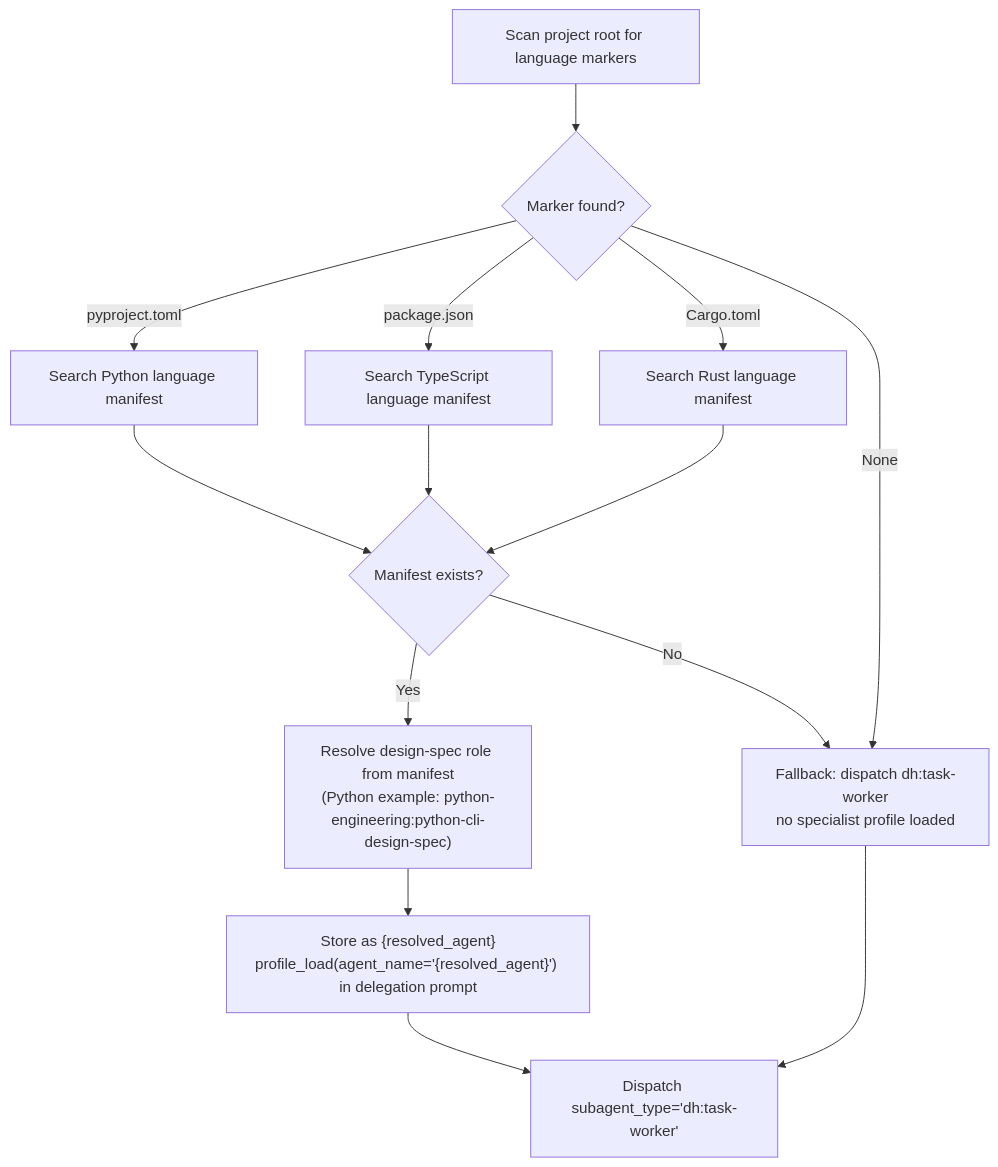
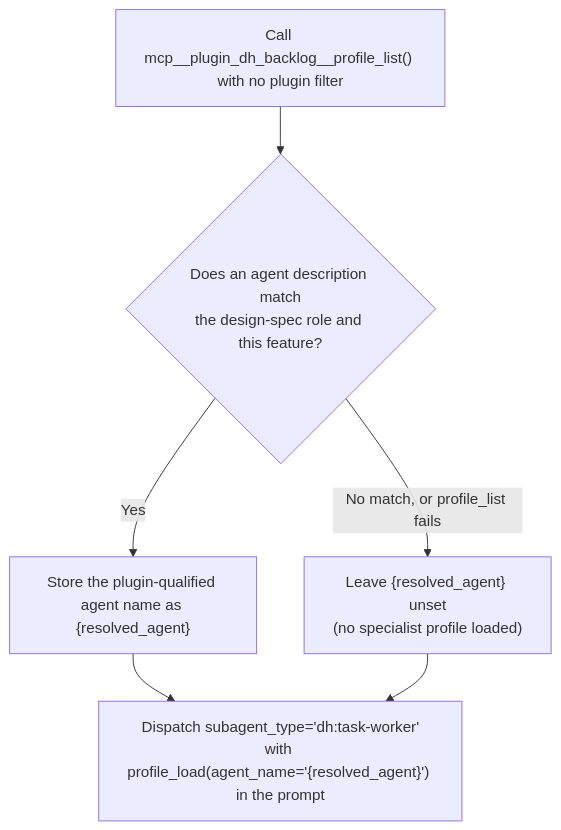
Before and after one commit to Jamie-BitFlight/claude_skills: the second of 3 diagrams in plugins/development-harness/skills/add-new-feature/SKILL.md, drawn with Mermaid. The commit also changed other lines of this file and 32 other files, not shown here.

First line of the commit message:
docs(dh): delete language manifest, Flow Override and stack profile remnants

````diff
--- a/plugins/development-harness/skills/add-new-feature/SKILL.md
+++ b/plugins/development-harness/skills/add-new-feature/SKILL.md
@@ -267,16 +267,8 @@
 ```mermaid
 flowchart TD
-    Scan[Scan project root for language markers] --> Found{Marker found?}
-    Found -->|pyproject.toml| Py[Search Python language manifest]
-    Found -->|package.json| TS[Search TypeScript language manifest]
-    Found -->|Cargo.toml| Rust[Search Rust language manifest]
-    Found -->|None| FB["Fallback: dh:task-worker<br>(no specialist profile loaded)"]
-    Py --> ManifestFound{Manifest exists?}
-    TS --> ManifestFound
-    Rust --> ManifestFound
-    ManifestFound -->|Yes| Resolve["Resolve design-spec role from manifest<br>(Python example: python-engineering:python-cli-design-spec)"]
-    ManifestFound -->|No| FB["Fallback: dispatch dh:task-worker<br>no specialist profile loaded"]
-    Resolve --> Store["Store as {resolved_agent}<br>profile_load(agent_name='{resolved_agent}') in delegation prompt"]
-    Store --> Delegate["Dispatch subagent_type='dh:task-worker'"]
+    List["Call mcp__plugin_dh_backlog__profile_list() with no plugin filter"] --> Match{"Does an agent description match<br>the design-spec role and this feature?"}
+    Match -->|Yes| Resolve["Store the plugin-qualified agent name as {resolved_agent}"]
+    Match -->|"No match, or profile_list fails"| FB["Leave {resolved_agent} unset<br>(no specialist profile loaded)"]
+    Resolve --> Delegate["Dispatch subagent_type='dh:task-worker'<br>with profile_load(agent_name='{resolved_agent}') in the prompt"]
     FB --> Delegate
 ```
````
